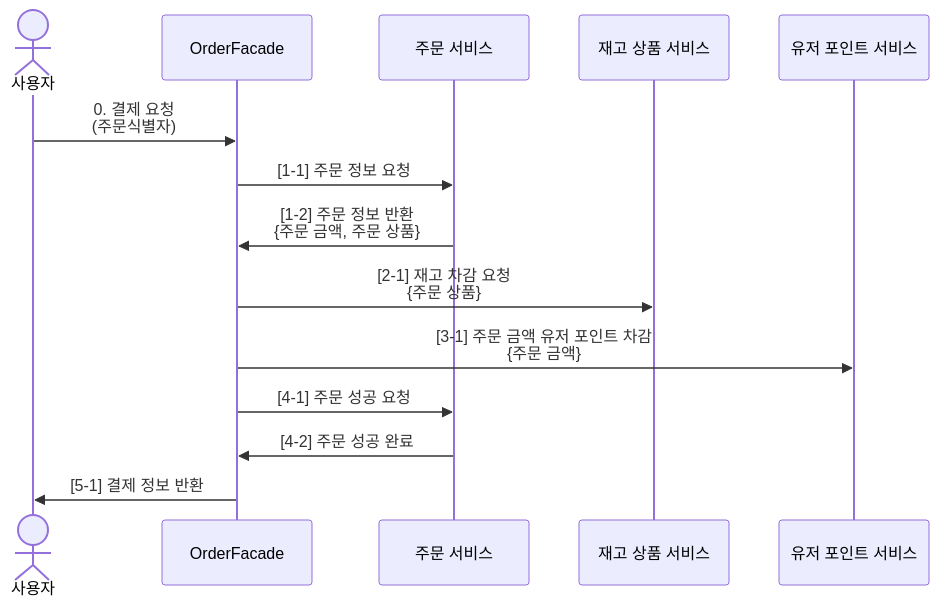
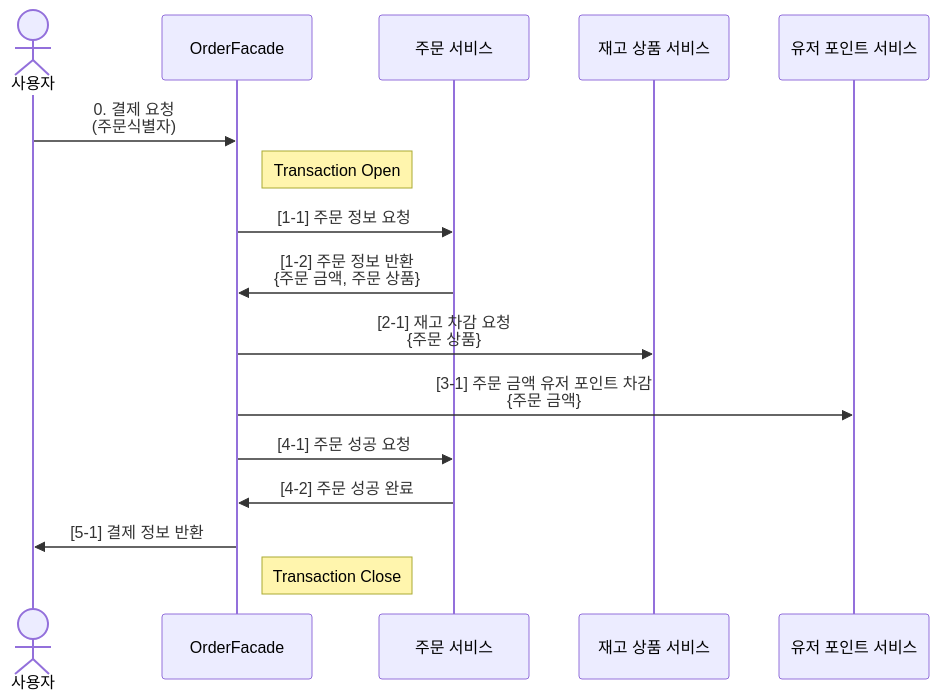
Before and after one commit to HangHae-Study/e-commerce-: the first of 4 diagrams in docs/distributed/8주차_분산_트랜잭션을_위한_설계문서.md, drawn with Mermaid. The commit also changed other lines of this file and 2 other files, not shown here.

````diff
--- a/docs/distributed/8주차_분산_트랜잭션을_위한_설계문서.md
+++ b/docs/distributed/8주차_분산_트랜잭션을_위한_설계문서.md
@@ -20,21 +19,26 @@
 ```mermaid
 sequenceDiagram
     actor 사용자
     participant OrderFacade
     participant 주문 서비스
     participant 재고 상품 서비스
     participant 유저 포인트 서비스
     
     사용자 ->> OrderFacade: 0. 결제 요청<br/>(주문식별자)
+    
+    Note right of OrderFacade: Transaction Open
+    
     OrderFacade ->> 주문 서비스 : [1-1] 주문 정보 요청
     주문 서비스 ->> OrderFacade : [1-2] 주문 정보 반환<br/>{주문 금액, 주문 상품}
     
     OrderFacade ->> 재고 상품 서비스: [2-1] 재고 차감 요청<br/>{주문 상품}
     
     OrderFacade ->> 유저 포인트 서비스: [3-1] 주문 금액 유저 포인트 차감<br/>{주문 금액}
     
     OrderFacade ->> 주문 서비스 : [4-1] 주문 성공 요청
     주문 서비스 ->> OrderFacade : [4-2] 주문 성공 완료
     
     OrderFacade ->> 사용자 : [5-1] 결제 정보 반환
+
+  Note right of OrderFacade: Transaction Close
 ```
````
